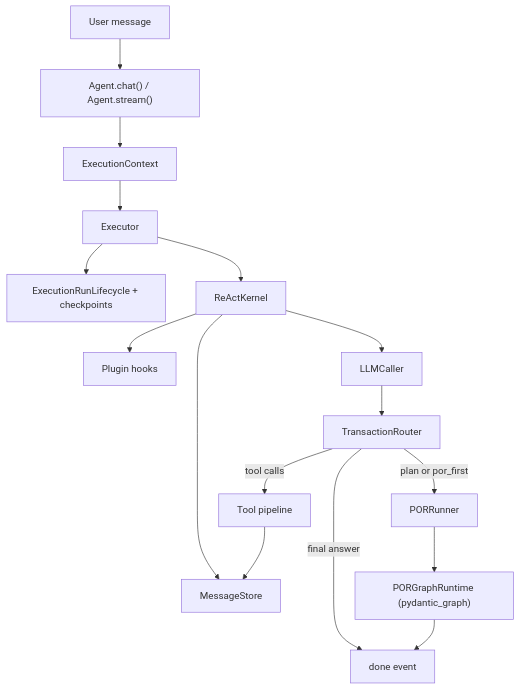
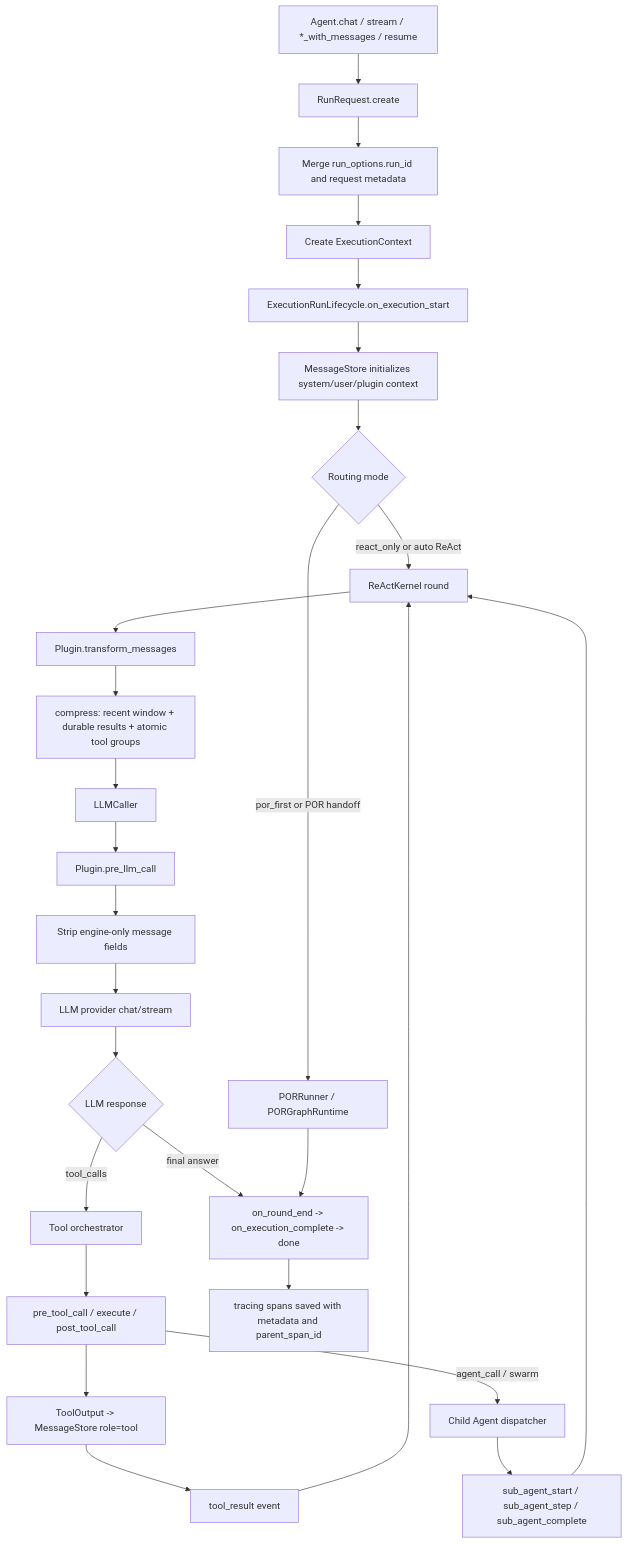
Before and after one commit to axclogo/AxcAgentEngine: the second of 2 diagrams in README.md, drawn with Mermaid. The commit also changed other lines of this file and 71 other files, not shown here.

````diff
--- a/README.md
+++ b/README.md
@@ -349,18 +389,29 @@
 ```mermaid
 flowchart TD
-    A["User message"] --> B["Agent.chat() / Agent.stream()"]
-    B --> C["ExecutionContext"]
-    C --> D["Executor"]
-    D --> E["ExecutionRunLifecycle + checkpoints"]
-    D --> F["ReActKernel"]
-    F --> G["MessageStore"]
-    F --> H["Plugin hooks"]
-    F --> I["LLMCaller"]
-    I --> J["TransactionRouter"]
-    J -->|final answer| K["done event"]
-    J -->|tool calls| L["Tool pipeline"]
-    L --> G
-    J -->|plan or por_first| M["PORRunner"]
-    M --> N["PORGraphRuntime (pydantic_graph)"]
-    N --> K
+    A["Agent.chat / stream / *_with_messages / resume"] --> B["RunRequest.create"]
+    B --> C["Merge run_options.run_id and request metadata"]
+    C --> D["Create ExecutionContext"]
+    D --> E["ExecutionRunLifecycle.on_execution_start"]
+    E --> F["MessageStore initializes system/user/plugin context"]
+    F --> G{"Routing mode"}
+    G -->|react_only or auto ReAct| H["ReActKernel round"]
+    G -->|por_first or POR handoff| I["PORRunner / PORGraphRuntime"]
+    H --> J["Plugin.transform_messages"]
+    J --> K["compress: recent window + durable results + atomic tool groups"]
+    K --> L["LLMCaller"]
+    L --> M["Plugin.pre_llm_call"]
+    M --> N["Strip engine-only message fields"]
+    N --> O["LLM provider chat/stream"]
+    O --> P{"LLM response"}
+    P -->|final answer| Q["on_round_end -> on_execution_complete -> done"]
+    P -->|tool_calls| R["Tool orchestrator"]
+    R --> S["pre_tool_call / execute / post_tool_call"]
+    S --> T["ToolOutput -> MessageStore role=tool"]
+    T --> U["tool_result event"]
+    U --> H
+    S -->|agent_call / swarm| V["Child Agent dispatcher"]
+    V --> W["sub_agent_start / sub_agent_step / sub_agent_complete"]
+    W --> H
+    I --> Q
+    Q --> X["tracing spans saved with metadata and parent_span_id"]
 ```
````
